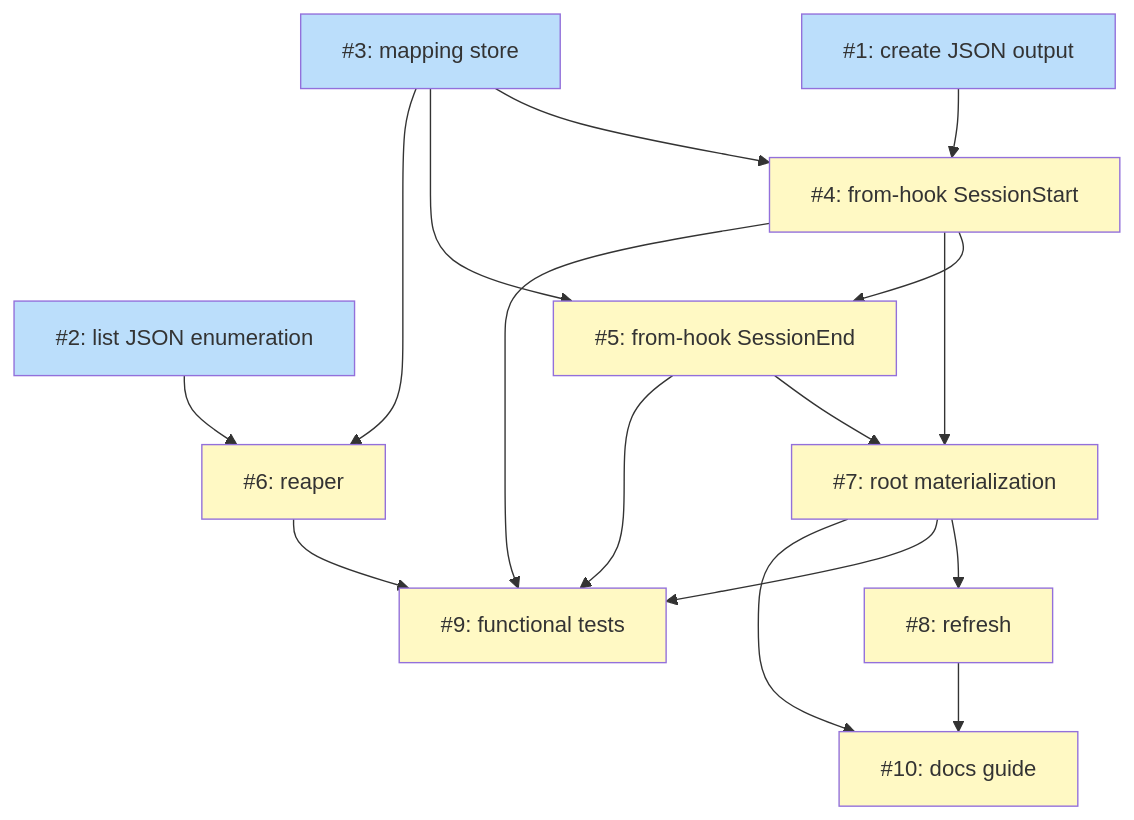
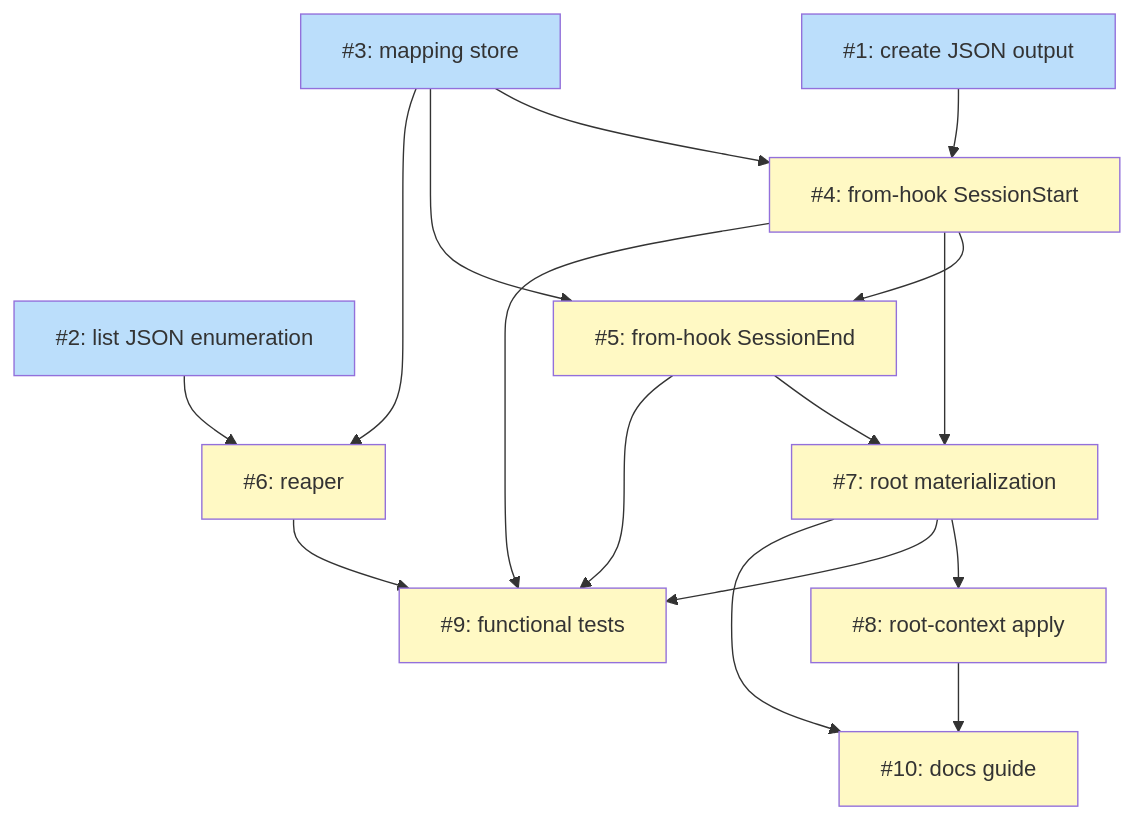
The diagram in docs/plans/PLAN-ephemeral-session-instances.md (tsukumogami/niwa), drawn with Mermaid before and after one commit. The commit also changed other lines of this file and 2 other files, not shown here.

First line of the commit message:
docs: refresh-via-root-apply + permission posture + instance naming

````diff
--- a/docs/plans/PLAN-ephemeral-session-instances.md
+++ b/docs/plans/PLAN-ephemeral-session-instances.md
@@ -253,36 +263,36 @@
 ```mermaid
 graph TD
     I1["#1: create JSON output"]
     I2["#2: list JSON enumeration"]
     I3["#3: mapping store"]
     I4["#4: from-hook SessionStart"]
     I5["#5: from-hook SessionEnd"]
     I6["#6: reaper"]
     I7["#7: root materialization"]
-    I8["#8: refresh"]
+    I8["#8: root-context apply"]
     I9["#9: functional tests"]
     I10["#10: docs guide"]
 
     I1 --> I4
     I3 --> I4
     I3 --> I5
     I4 --> I5
     I2 --> I6
     I3 --> I6
     I4 --> I7
     I5 --> I7
     I7 --> I8
     I4 --> I9
     I5 --> I9
     I6 --> I9
     I7 --> I9
     I7 --> I10
     I8 --> I10
 
     classDef done fill:#c8e6c9
     classDef ready fill:#bbdefb
     classDef blocked fill:#fff9c4
 
     class I1,I2,I3 ready
     class I4,I5,I6,I7,I8,I9,I10 blocked
 ```
````
